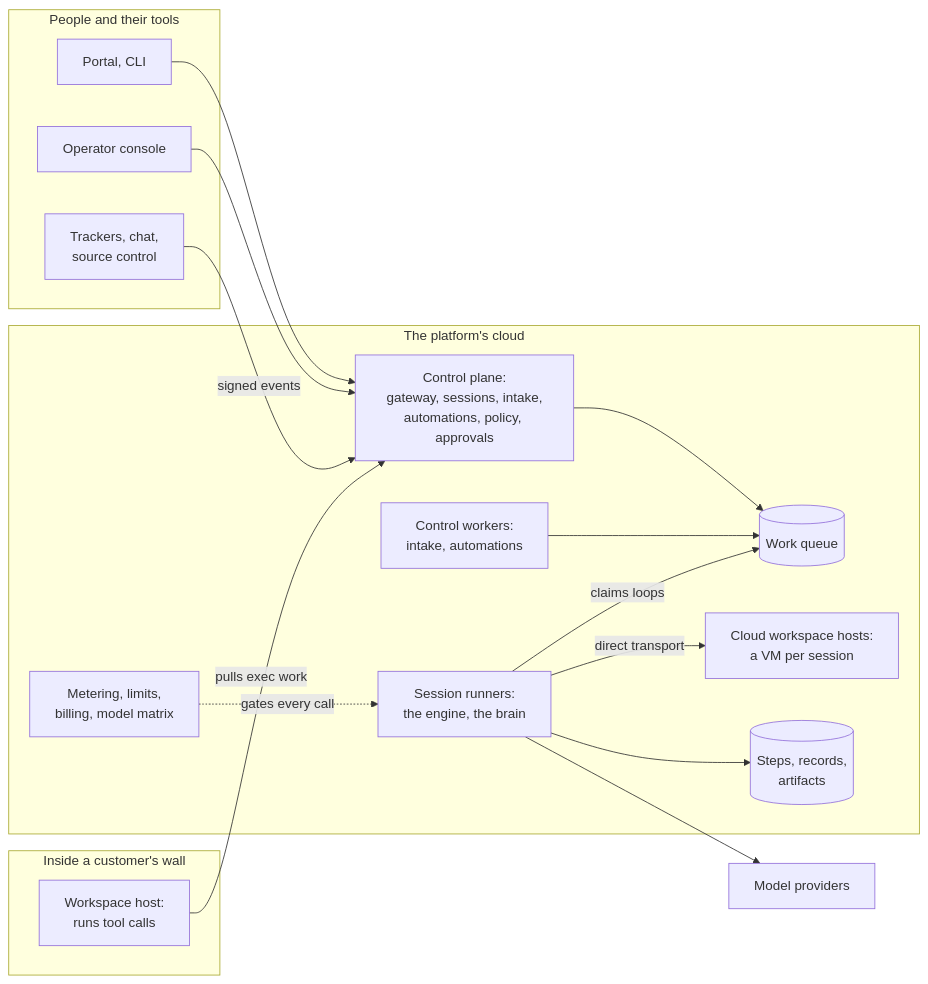
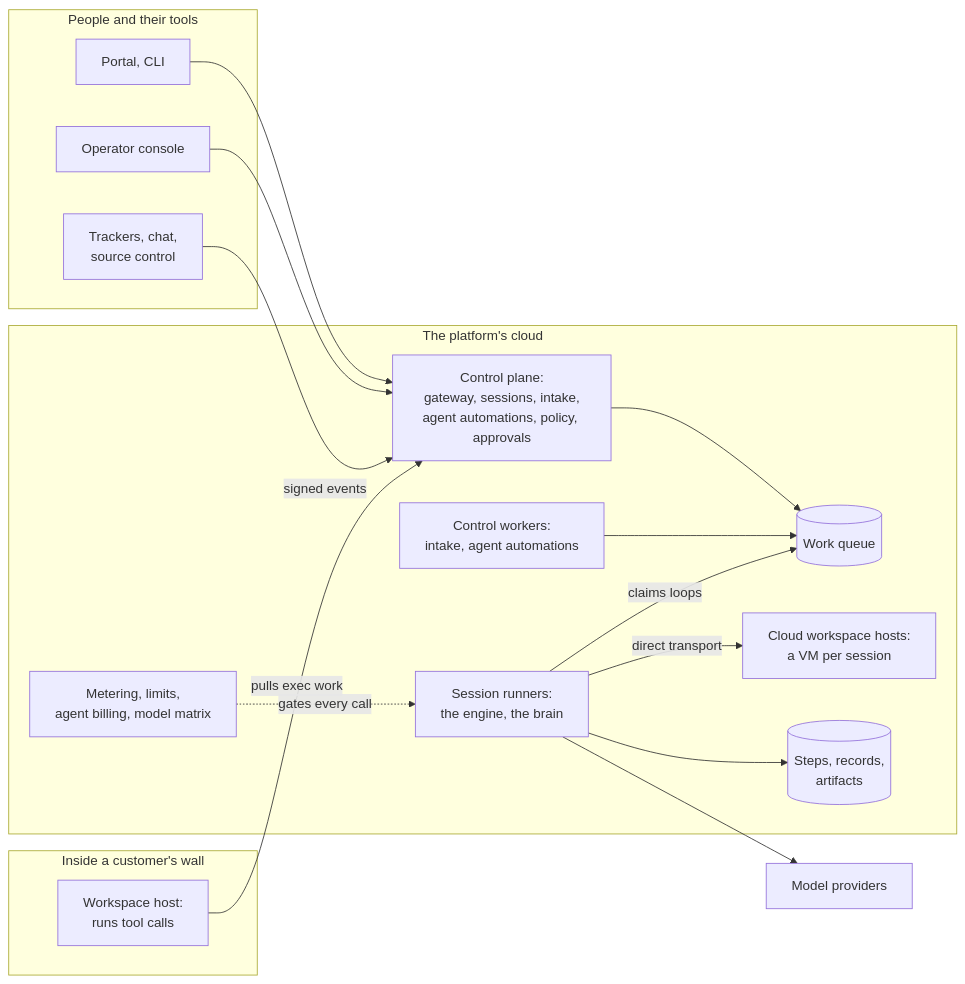
The diagram in distro_gentic_spec.md (baristaze/distro_gentic), drawn with Mermaid before and after one commit. The commit also changed other lines of this file and 1060 other files, not shown here.

````diff
--- a/distro_gentic_spec.md
+++ b/distro_gentic_spec.md
@@ -144,33 +144,33 @@
 ```mermaid
 flowchart LR
     subgraph Outside [People and their tools]
         Apps[Portal, CLI]
         Ops[Operator console]
         Ext[Trackers, chat,<br/>source control]
     end
     subgraph Cloud [The platform's cloud]
-        CP[Control plane:<br/>gateway, sessions, intake,<br/>automations, policy, approvals]
-        CW[Control workers:<br/>intake, automations]
+        CP[Control plane:<br/>gateway, sessions, intake,<br/>agent automations, policy, approvals]
+        CW[Control workers:<br/>intake, agent automations]
         Q[(Work queue)]
         SR[Session runners:<br/>the engine, the brain]
         CWS[Cloud workspace hosts:<br/>a VM per session]
         Rec[(Steps, records,<br/>artifacts)]
-        Money[Metering, limits,<br/>billing, model matrix]
+        Money[Metering, limits,<br/>agent billing, model matrix]
     end
     subgraph Wall [Inside a customer's wall]
         WH[Workspace host:<br/>runs tool calls]
     end
     LLM[Model providers]
 
     Apps --> CP
     Ops --> CP
     Ext -->|signed events| CP
     CP --> Q
     CW --> Q
     SR -->|claims loops| Q
     SR -->|direct transport| CWS
     WH -->|pulls exec work| CP
     SR --> LLM
     SR --> Rec
     Money -.->|gates every call| SR
 ```
````
